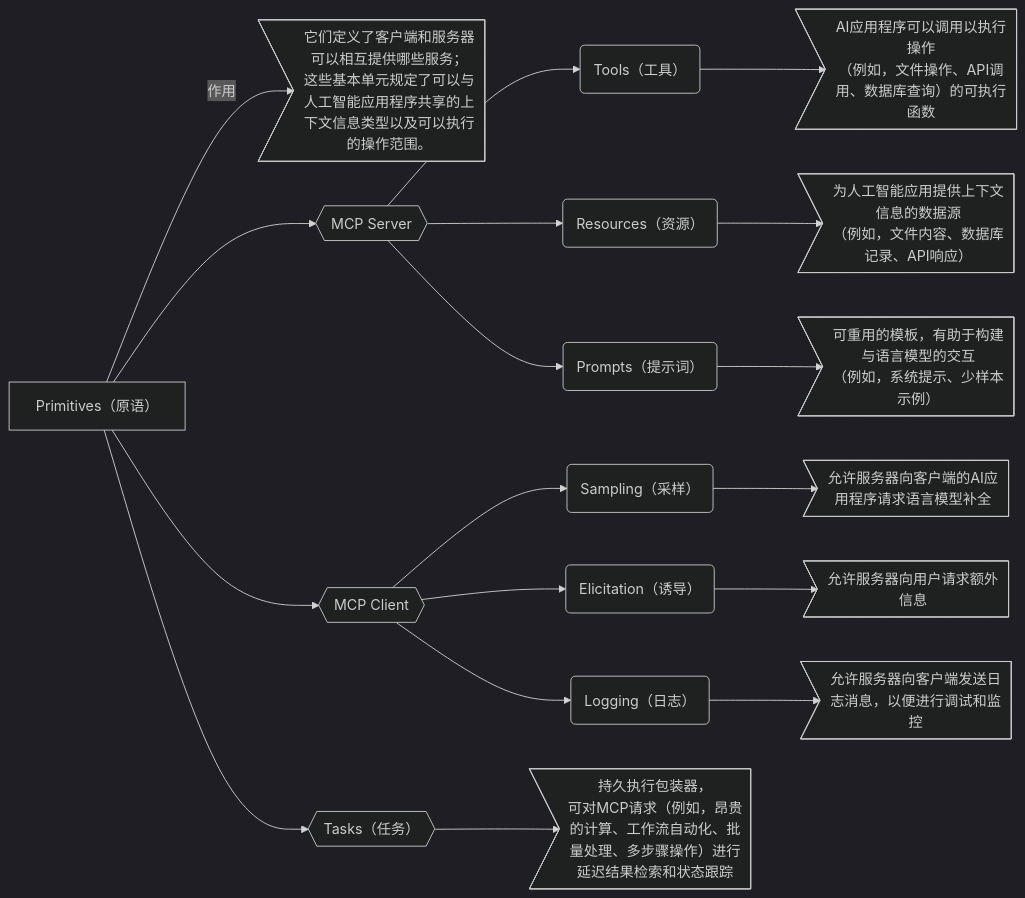
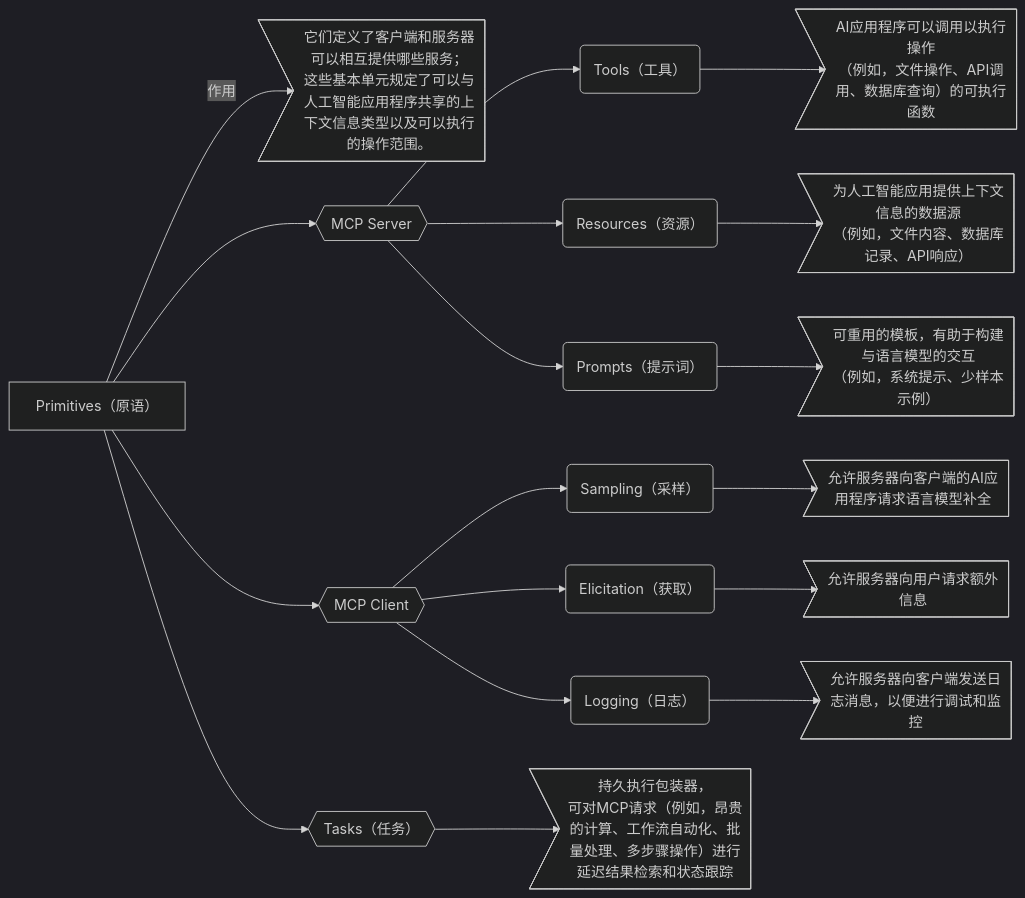
One commit to 290044632/bookmark changed the ninth of 10 diagrams in AI/MCP.md. Above: the diagram before and after it, drawn with Mermaid (dark theme).

Commit message:
更新文档

````diff
--- a/AI/MCP.md
+++ b/AI/MCP.md
@@ -128,24 +128,24 @@
 ```mermaid
 flowchart LR
 
 A["Primitives（原语）"]
 A-->|作用|A1>"它们定义了客户端和服务器可以相互提供哪些服务；
 这些基本单元规定了可以与人工智能应用程序共享的上下文信息类型以及可以执行的操作范围。
 "]
 
 A-->A2{{"MCP Server"}}
 A2-->A21("Tools（工具）")-->A211>"AI应用程序可以调用以执行操作
 （例如，文件操作、API调用、数据库查询）的可执行函数"]
 A2-->A22("Resources（资源）")-->A221>"为人工智能应用提供上下文信息的数据源
 （例如，文件内容、数据库记录、API响应）"]
 A2-->A23("Prompts（提示词）")-->A231>"可重用的模板，有助于构建与语言模型的交互
 （例如，系统提示、少样本示例）"]
 
 A-->A3{{"MCP Client"}}
 A3-->A31("Sampling（采样）")-->A311>"允许服务器向客户端的AI应用程序请求语言模型补全"]
-A3-->A32("Elicitation（诱导）")-->A321>"允许服务器向用户请求额外信息"]
+A3-->A32("Elicitation（获取）")-->A321>"允许服务器向用户请求额外信息"]
 A3-->A33("Logging（日志）")-->A331>"允许服务器向客户端发送日志消息，以便进行调试和监控"]
 
 A-->A4{{"Tasks（任务）"}}-->A41>"持久执行包装器，
 可对MCP请求（例如，昂贵的计算、工作流自动化、批量处理、多步骤操作）进行延迟结果检索和状态跟踪"]
 ```
````
